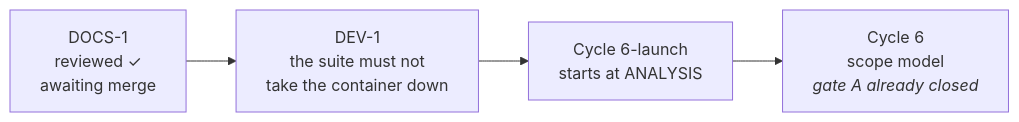
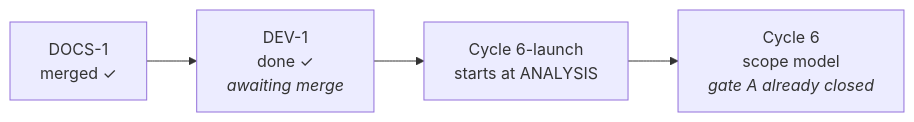
One commit to alergyonthestage/ytdl changed the diagram in docs/maintainers/handoff.md. Above: the diagram before and after it, drawn with Mermaid. The commit also changed other lines of this file, not shown here.

First line of the commit message:
docs: replace the handoff with the state DEV-1 leaves

````diff
--- a/docs/maintainers/handoff.md
+++ b/docs/maintainers/handoff.md
@@ -25,6 +20,6 @@
 ```mermaid
 flowchart LR
-  D["DOCS-1<br/>reviewed ✓<br/>awaiting merge"] --> V["DEV-1<br/>the suite must not<br/>take the container down"]
+  D["DOCS-1<br/>merged ✓"] --> V["DEV-1<br/>done ✓<br/><i>awaiting merge</i>"]
   V --> L["Cycle 6-launch<br/>starts at ANALYSIS"]
   L --> M["Cycle 6<br/>scope model<br/><i>gate A already closed</i>"]
 ```
````
